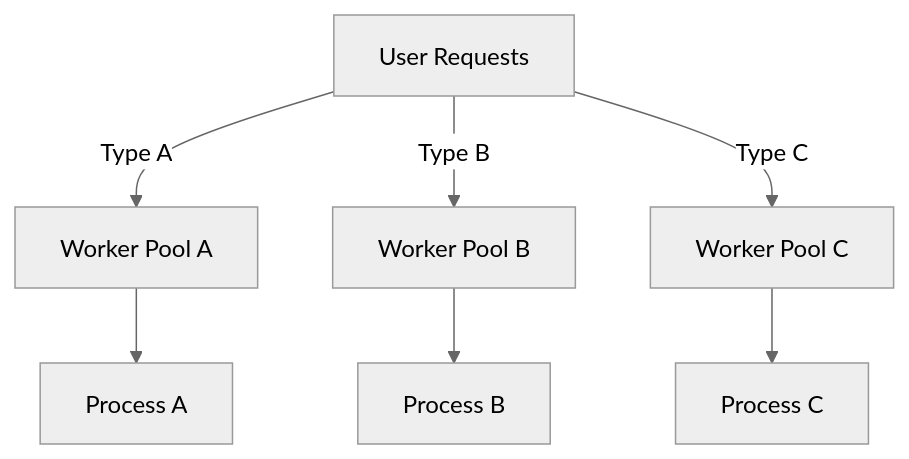
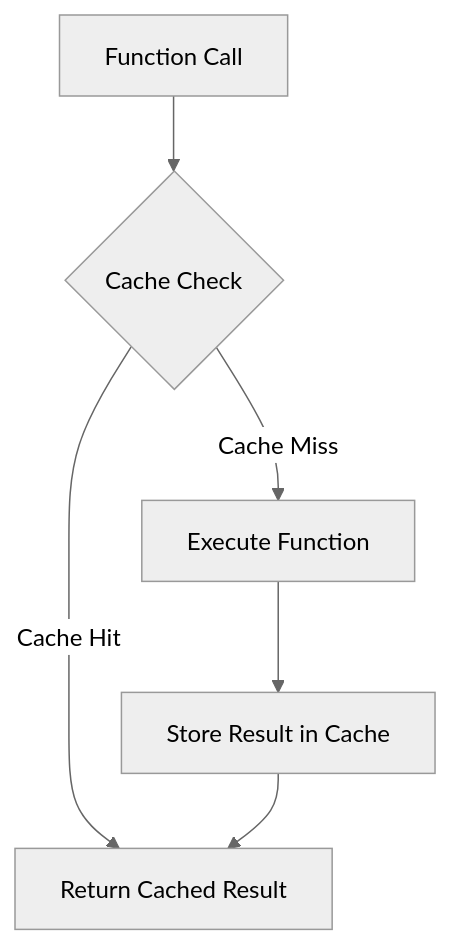
Before and after one commit to MasteryEducation/SoftwarePatternsLexicon.com: the diagram in content/patterns-clojure/5/8/index.md, drawn with Mermaid (neutral theme). The commit also changed other lines of this file and 462 other files, not shown here.

````diff
--- a/content/patterns-clojure/5/8/index.md
+++ b/content/patterns-clojure/5/8/index.md
@@ -123,9 +86,8 @@
 ```mermaid
 graph TD;
-    A[User Requests] -->|Type A| B[Worker Pool A];
-    A -->|Type B| C[Worker Pool B];
-    A -->|Type C| D[Worker Pool C];
-    B --> E[Process A];
-    C --> F[Process B];
-    D --> G[Process C];
+    A[Function Call] --> B{Cache Check};
+    B -->|Cache Hit| C[Return Cached Result];
+    B -->|Cache Miss| D[Execute Function];
+    D --> E[Store Result in Cache];
+    E --> C;
 ```
````
